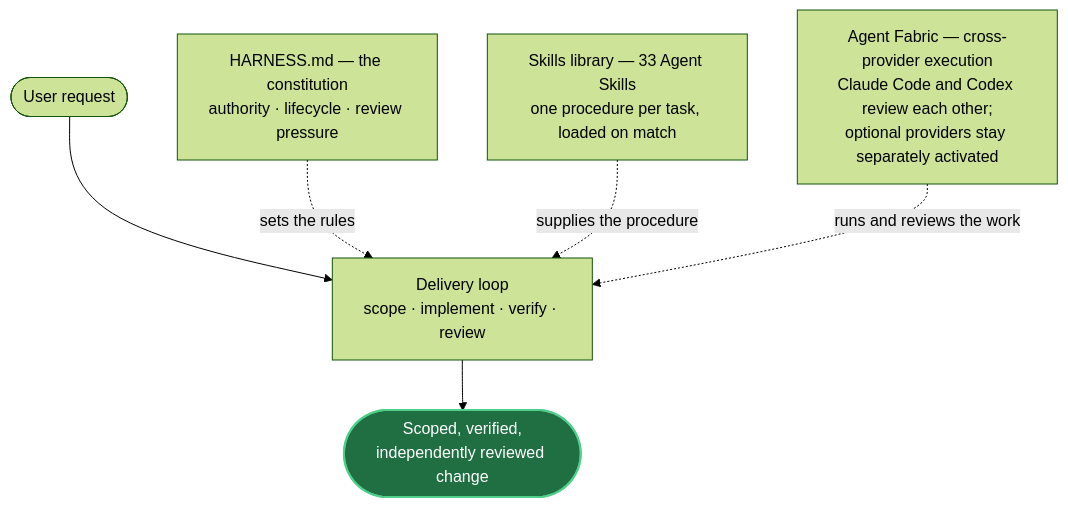
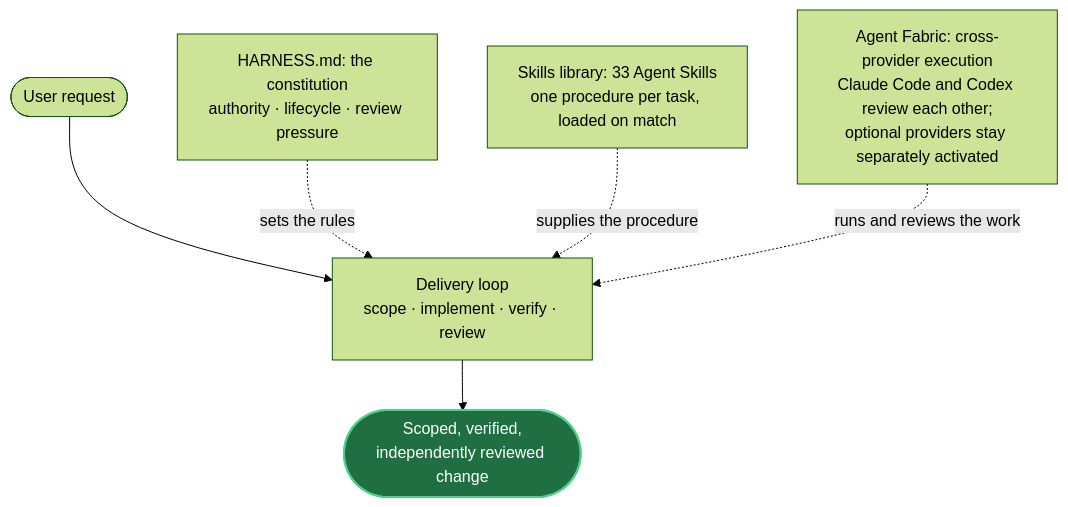
The first of 2 diagrams in README.md (mblauberg/provenant), drawn with Mermaid (forest theme) before and after one commit. The commit also changed other lines of this file, not shown here.

````diff
--- a/README.md
+++ b/README.md
@@ -36,12 +35,12 @@
 ```mermaid
 flowchart TB
     accTitle: The three parts and the delivery loop they serve
-    accDescr: A user request enters the delivery loop, which runs scope, implement, verify and review, and produces a scoped, verified, independently reviewed change. Three parts act on that loop concurrently rather than in sequence. HARNESS.md, the constitution, sets the rules — authority, lifecycle and review pressure. The skills library supplies the procedure, one SKILL.md per task loaded when the task matches. Agent Fabric runs and reviews the work across providers, with Claude Code and Codex as primaries reviewing each other and optional providers separately activated.
+    accDescr: A user request enters the delivery loop, which runs scope, implement, verify and review, and produces a scoped, verified, independently reviewed change. Three parts act on that loop concurrently rather than in sequence. HARNESS.md, the constitution, sets the rules: authority, lifecycle and review pressure. The skills library supplies the procedure, one SKILL.md per task loaded when the task matches. Agent Fabric runs and reviews the work across providers, with Claude Code and Codex as primaries reviewing each other and optional providers separately activated.
     U(["User request"]) --> LOOP["Delivery loop<br/>scope · implement · verify · review"]
     LOOP --> OUT(["Scoped, verified,<br/>independently reviewed change"])
-    H["HARNESS.md — the constitution<br/>authority · lifecycle · review pressure"] -. "sets the rules" .-> LOOP
-    SK["Skills library — 33 Agent Skills<br/>one procedure per task, loaded on match"] -. "supplies the procedure" .-> LOOP
-    F["Agent Fabric — cross-provider execution<br/>Claude Code and Codex review each other;<br/>optional providers stay separately activated"] -. "runs and reviews the work" .-> LOOP
+    H["HARNESS.md: the constitution<br/>authority · lifecycle · review pressure"] -. "sets the rules" .-> LOOP
+    SK["Skills library: 33 Agent Skills<br/>one procedure per task, loaded on match"] -. "supplies the procedure" .-> LOOP
+    F["Agent Fabric: cross-provider execution<br/>Claude Code and Codex review each other;<br/>optional providers stay separately activated"] -. "runs and reviews the work" .-> LOOP
     classDef out fill:#1f6f43,stroke:#4fd08a,color:#ffffff,stroke-width:2px
     class OUT out
 ```
````
